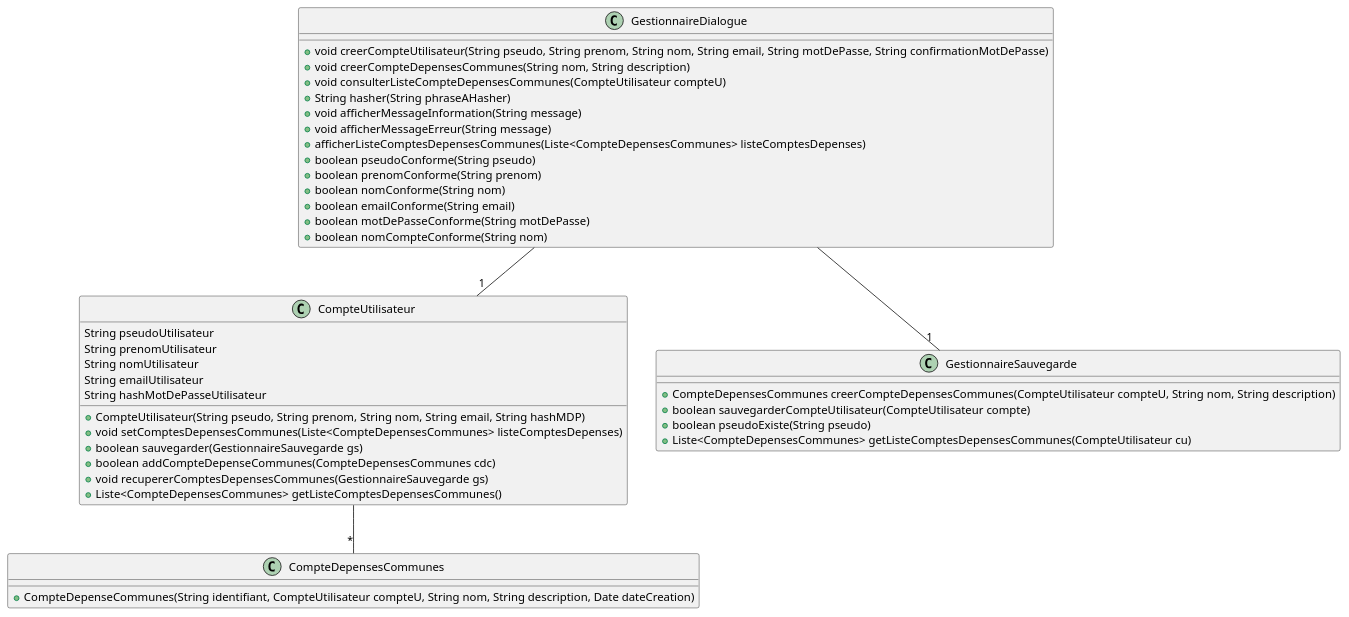
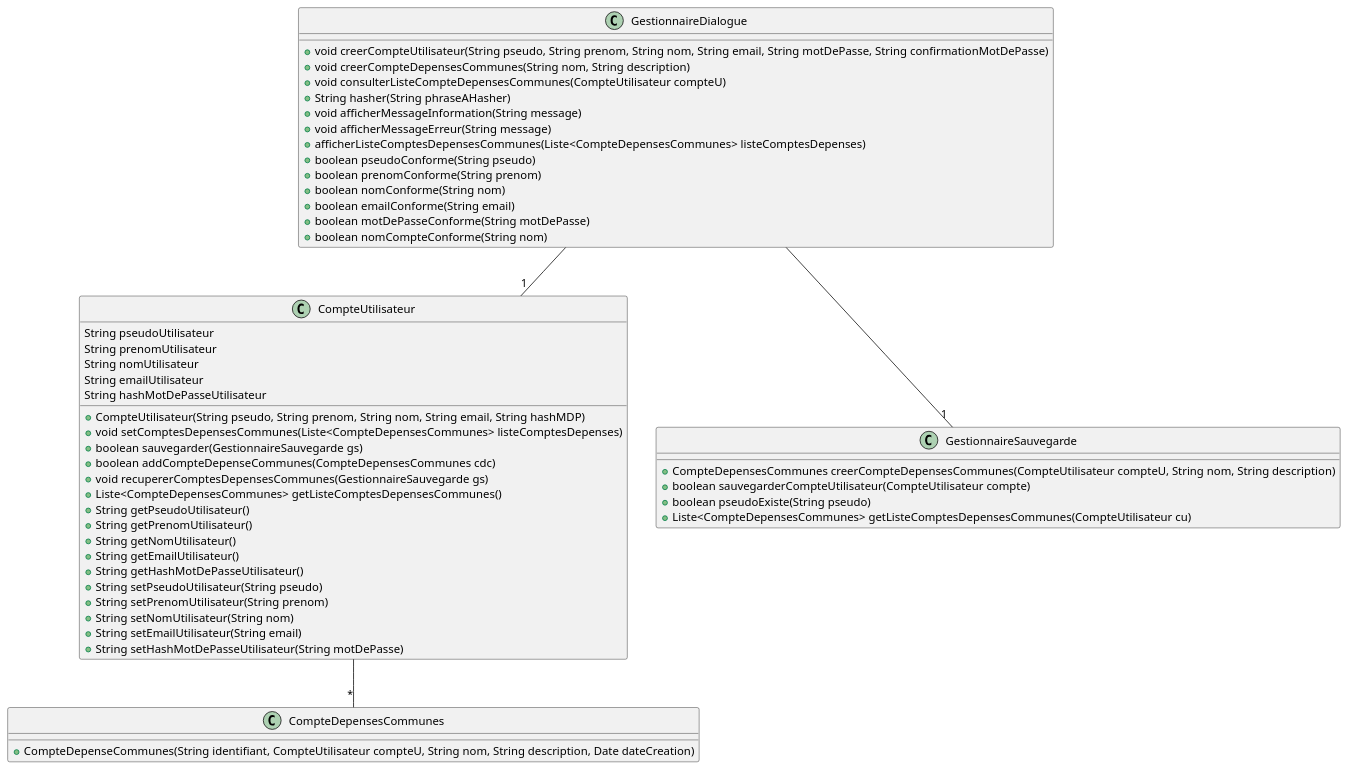
Before and after one commit to lmtb06/sharecount: the diagram in diagrammes/conception/classes.puml, drawn with PlantUML.

Commit message:
Ajout de getters et setters à la classe CompteUtilisateur

```diff
--- a/diagrammes/conception/classes.puml
+++ b/diagrammes/conception/classes.puml
@@ -1,46 +1,56 @@
 @startuml Classes
 
 	class GestionnaireDialogue {
 		+void creerCompteUtilisateur(String pseudo, String prenom, String nom, String email, String motDePasse, String confirmationMotDePasse)
 		+void creerCompteDepensesCommunes(String nom, String description)
 		+void consulterListeCompteDepensesCommunes(CompteUtilisateur compteU)
 		+String hasher(String phraseAHasher)
 		+void afficherMessageInformation(String message)
 		+void afficherMessageErreur(String message)
 		+afficherListeComptesDepensesCommunes(Liste<CompteDepensesCommunes> listeComptesDepenses)
 		+boolean pseudoConforme(String pseudo)
 		+boolean prenomConforme(String prenom)
 		+boolean nomConforme(String nom)
 		+boolean emailConforme(String email)
 		+boolean motDePasseConforme(String motDePasse)
 		+boolean nomCompteConforme(String nom)
 	}
 	GestionnaireDialogue --"1" CompteUtilisateur
 	GestionnaireDialogue --"1" GestionnaireSauvegarde
 
 	class GestionnaireSauvegarde {
 		+CompteDepensesCommunes creerCompteDepensesCommunes(CompteUtilisateur compteU, String nom, String description)
 		+boolean sauvegarderCompteUtilisateur(CompteUtilisateur compte)
 		+boolean pseudoExiste(String pseudo)
 		+Liste<CompteDepensesCommunes> getListeComptesDepensesCommunes(CompteUtilisateur cu)
 	}
 
 	class CompteUtilisateur {
 		String pseudoUtilisateur
 		String prenomUtilisateur
 		String nomUtilisateur
 		String emailUtilisateur
 		String hashMotDePasseUtilisateur
 		+CompteUtilisateur(String pseudo, String prenom, String nom, String email, String hashMDP)
 		+void setComptesDepensesCommunes(Liste<CompteDepensesCommunes> listeComptesDepenses)
 		+boolean sauvegarder(GestionnaireSauvegarde gs)
 		+boolean addCompteDepenseCommunes(CompteDepensesCommunes cdc)
 		+void recupererComptesDepensesCommunes(GestionnaireSauvegarde gs)
 		+Liste<CompteDepensesCommunes> getListeComptesDepensesCommunes()
+		+String getPseudoUtilisateur()
+		+String getPrenomUtilisateur()
+		+String getNomUtilisateur()
+		+String getEmailUtilisateur()
+		+String getHashMotDePasseUtilisateur()
+		+String setPseudoUtilisateur(String pseudo)
+		+String setPrenomUtilisateur(String prenom)
+		+String setNomUtilisateur(String nom)
+		+String setEmailUtilisateur(String email)
+		+String setHashMotDePasseUtilisateur(String motDePasse)
 	}
 	CompteUtilisateur --"*" CompteDepensesCommunes
 	class CompteDepensesCommunes {
 		+CompteDepenseCommunes(String identifiant, CompteUtilisateur compteU, String nom, String description, Date dateCreation)
 	}
 
 @enduml
```
